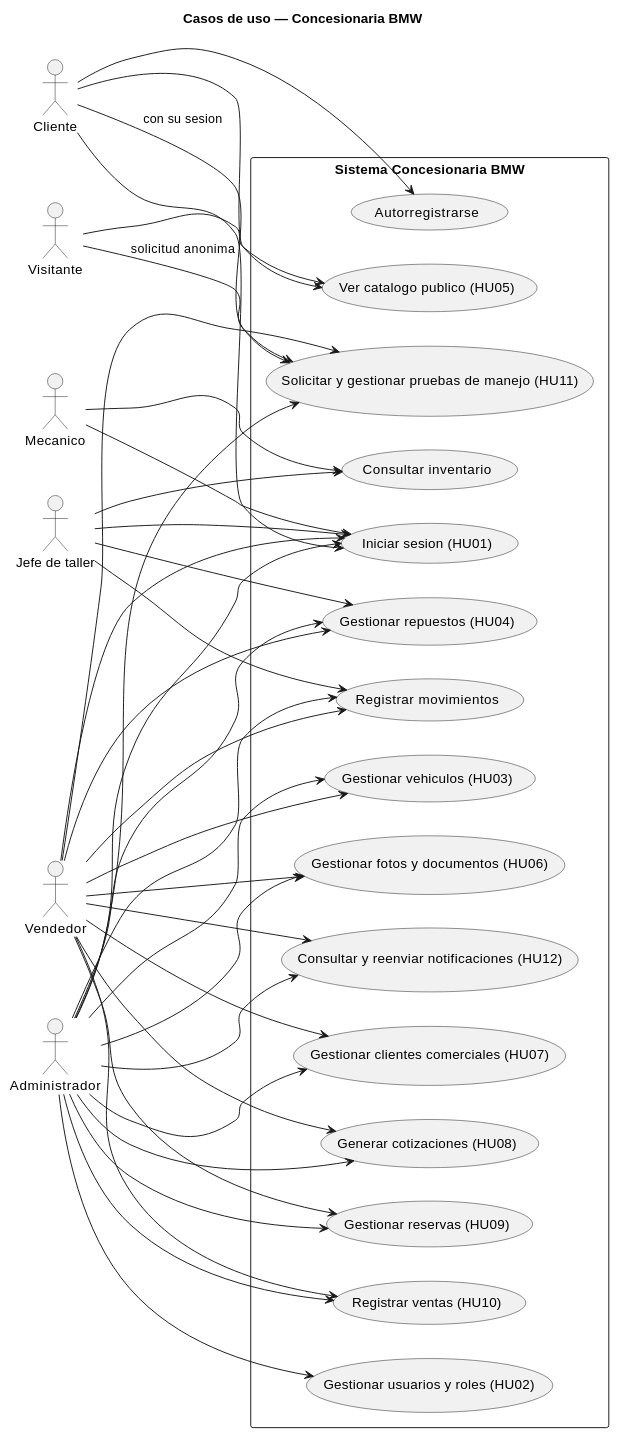
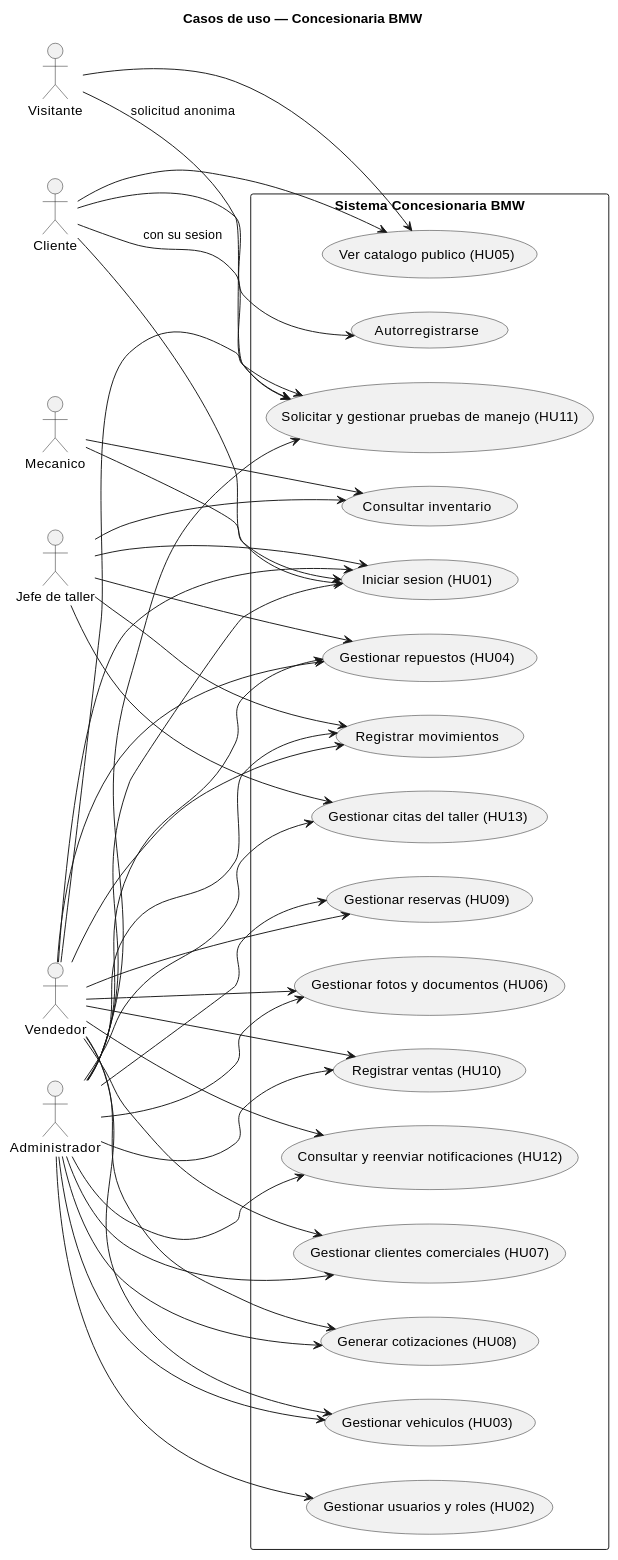
The third of 17 diagrams in documentacion/diagramas.md (dgschahvqvc17/Concesionaria-BMW), drawn with PlantUML before and after one commit. The commit also changed other lines of this file and 35 other files, not shown here.

````diff
--- a/documentacion/diagramas.md
+++ b/documentacion/diagramas.md
@@ -130,72 +132,75 @@
 ```plantuml
 @startuml
 title Casos de uso — Concesionaria BMW
 left to right direction
 skinparam shadowing false
 
 actor "Visitante" as visitante
 actor "Cliente" as cliente
 actor "Mecanico" as mecanico
 actor "Jefe de taller" as jefe
 actor "Vendedor" as vendedor
 actor "Administrador" as admin
 
 rectangle "Sistema Concesionaria BMW" {
   usecase "Ver catalogo publico (HU05)" as UC_catalogo
   usecase "Autorregistrarse" as UC_registro
   usecase "Iniciar sesion (HU01)" as UC_login
   usecase "Consultar inventario" as UC_consultar
   usecase "Gestionar vehiculos (HU03)" as UC_vehiculos
   usecase "Gestionar fotos y documentos (HU06)" as UC_archivos
   usecase "Gestionar repuestos (HU04)" as UC_repuestos
   usecase "Registrar movimientos" as UC_movimientos
   usecase "Gestionar clientes comerciales (HU07)" as UC_clientes
   usecase "Generar cotizaciones (HU08)" as UC_cotizaciones
   usecase "Gestionar reservas (HU09)" as UC_reservas
   usecase "Registrar ventas (HU10)" as UC_ventas
   usecase "Solicitar y gestionar pruebas de manejo (HU11)" as UC_pruebas
   usecase "Consultar y reenviar notificaciones (HU12)" as UC_notificaciones
+  usecase "Gestionar citas del taller (HU13)" as UC_citas_taller
   usecase "Gestionar usuarios y roles (HU02)" as UC_usuarios
 }
 
 visitante --> UC_catalogo
 visitante --> UC_pruebas : solicitud anonima
 cliente --> UC_catalogo
 cliente --> UC_registro
 cliente --> UC_login
 cliente --> UC_pruebas : con su sesion
 
 mecanico --> UC_login
 mecanico --> UC_consultar
 
 jefe --> UC_login
 jefe --> UC_consultar
 jefe --> UC_repuestos
 jefe --> UC_movimientos
+jefe --> UC_citas_taller
 
 vendedor --> UC_login
 vendedor --> UC_vehiculos
 vendedor --> UC_archivos
 vendedor --> UC_repuestos
 vendedor --> UC_movimientos
 vendedor --> UC_clientes
 vendedor --> UC_cotizaciones
 vendedor --> UC_reservas
 vendedor --> UC_ventas
 vendedor --> UC_pruebas
 vendedor --> UC_notificaciones
 
 admin --> UC_login
 admin --> UC_vehiculos
 admin --> UC_archivos
 admin --> UC_repuestos
 admin --> UC_movimientos
 admin --> UC_clientes
 admin --> UC_cotizaciones
 admin --> UC_reservas
 admin --> UC_ventas
 admin --> UC_pruebas
 admin --> UC_notificaciones
+admin --> UC_citas_taller
 admin --> UC_usuarios
 @enduml
 ```
````
